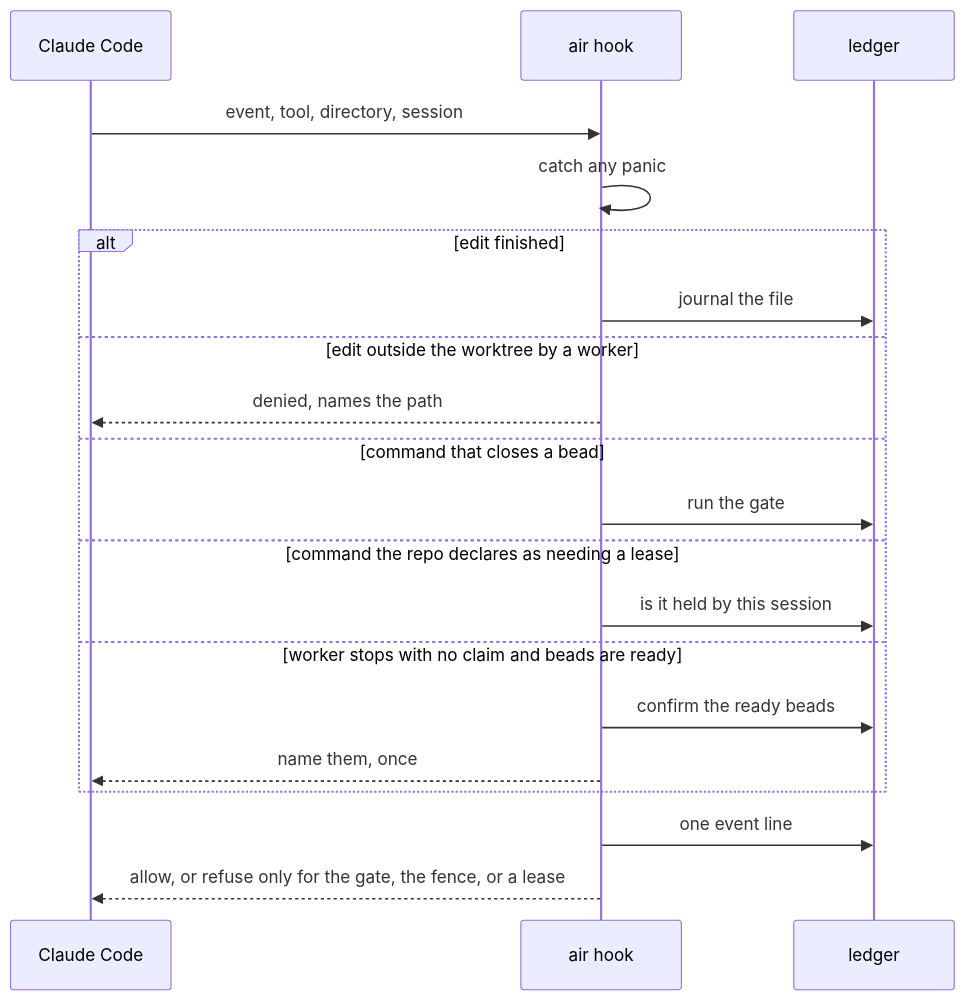
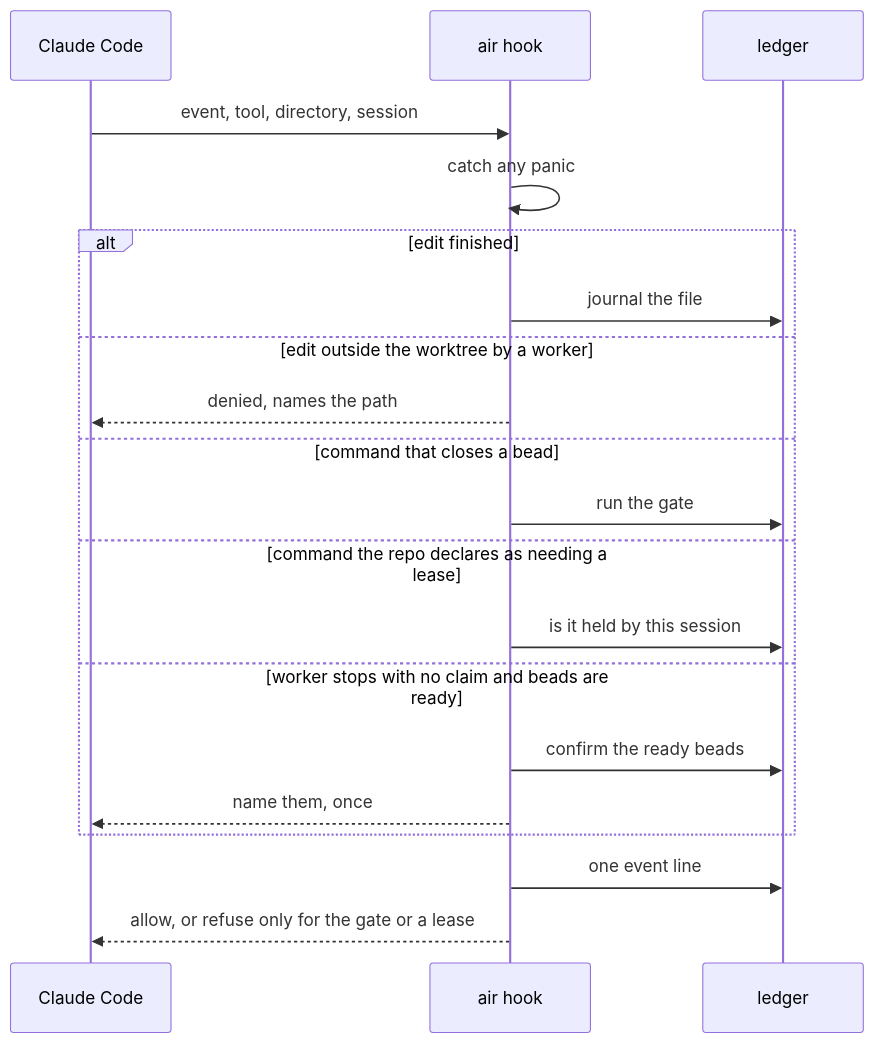
The sixth of 8 diagrams in docs/design.md (AJTJ/airunner), drawn with Mermaid before and after one commit. The commit also changed other lines of this file and 14 other files, not shown here.

````diff
--- a/docs/design.md
+++ b/docs/design.md
@@ -481,22 +481,22 @@
 ```mermaid
 sequenceDiagram
   participant H as Claude Code
   participant K as air hook
   participant L as ledger
   H->>K: event, tool, directory, session
   K->>K: catch any panic
   alt edit finished
     K->>L: journal the file
   else edit outside the worktree by a worker
     K-->>H: denied, names the path
   else command that closes a bead
     K->>L: run the gate
   else command the repo declares as needing a lease
     K->>L: is it held by this session
   else worker stops with no claim and beads are ready
     K->>L: confirm the ready beads
     K-->>H: name them, once
   end
   K->>L: one event line
-  K-->>H: allow, or refuse only for the gate, the fence, or a lease
+  K-->>H: allow, or refuse only for the gate or a lease
 ```
````
